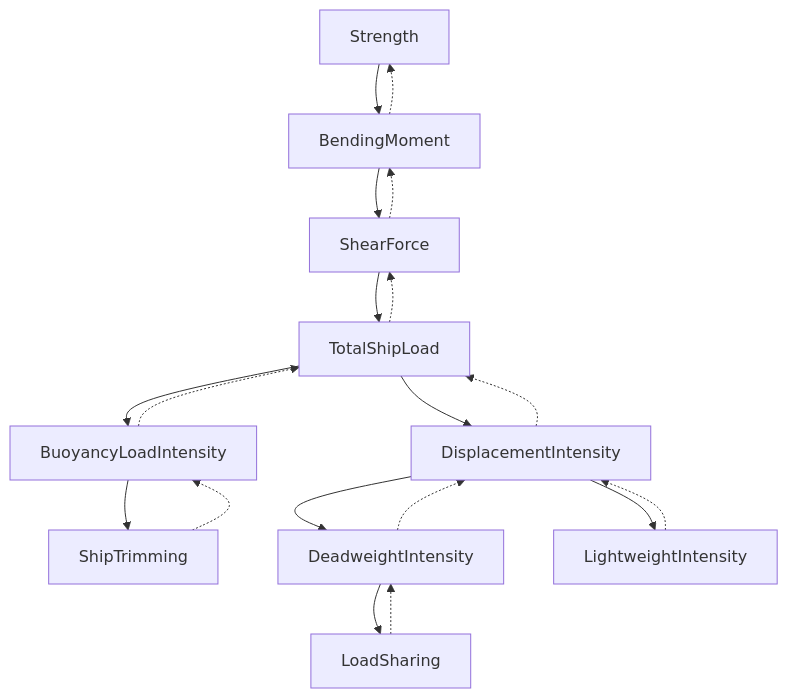
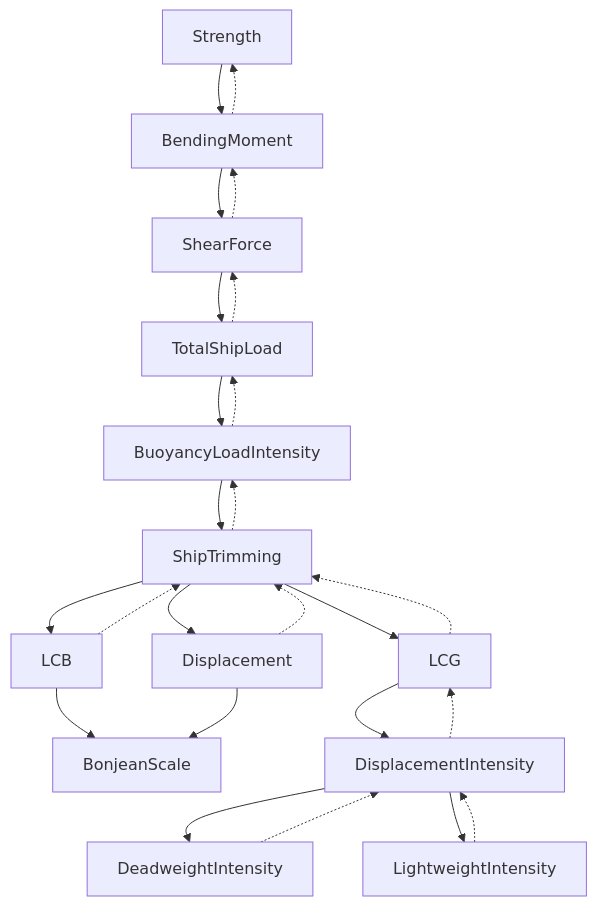
One commit to milovanovmaksim/ship_strength_monitoring_system changed the diagram in README.md. Above: the diagram before and after it, drawn with Mermaid. The commit also changed 1 other file, not shown here.

````diff
--- a/README.md
+++ b/README.md
@@ -13,21 +13,27 @@
 ```mermaid
 graph TD;
 Strength--> BendingMoment;
 BendingMoment-.->Strength;
 BendingMoment-->ShearForce;
 ShearForce -.->BendingMoment;
 ShearForce-->TotalShipLoad;
 TotalShipLoad -.-> ShearForce;
-TotalShipLoad-->DisplacementIntensity;
 TotalShipLoad-->BuoyancyLoadIntensity;
 BuoyancyLoadIntensity -.->TotalShipLoad;
 BuoyancyLoadIntensity-->ShipTrimming;
 ShipTrimming-.->BuoyancyLoadIntensity;
+ShipTrimming--> LCB;
+LCB -.-> ShipTrimming;
+LCB--> BonjeanScale;
+ShipTrimming--> Displacement;
+Displacement -.-> ShipTrimming;
+Displacement--> BonjeanScale;
+ShipTrimming--> LCG;
+LCG -.-> ShipTrimming;
+LCG--> DisplacementIntensity
+DisplacementIntensity -.-> LCG
 DisplacementIntensity-->DeadweightIntensity;
 DisplacementIntensity-->LightweightIntensity;
-DisplacementIntensity -.-> TotalShipLoad;
 LightweightIntensity -.->DisplacementIntensity;
 DeadweightIntensity -.->DisplacementIntensity;
-DeadweightIntensity-->LoadSharing;
-LoadSharing-.->DeadweightIntensity;
 ```
````
